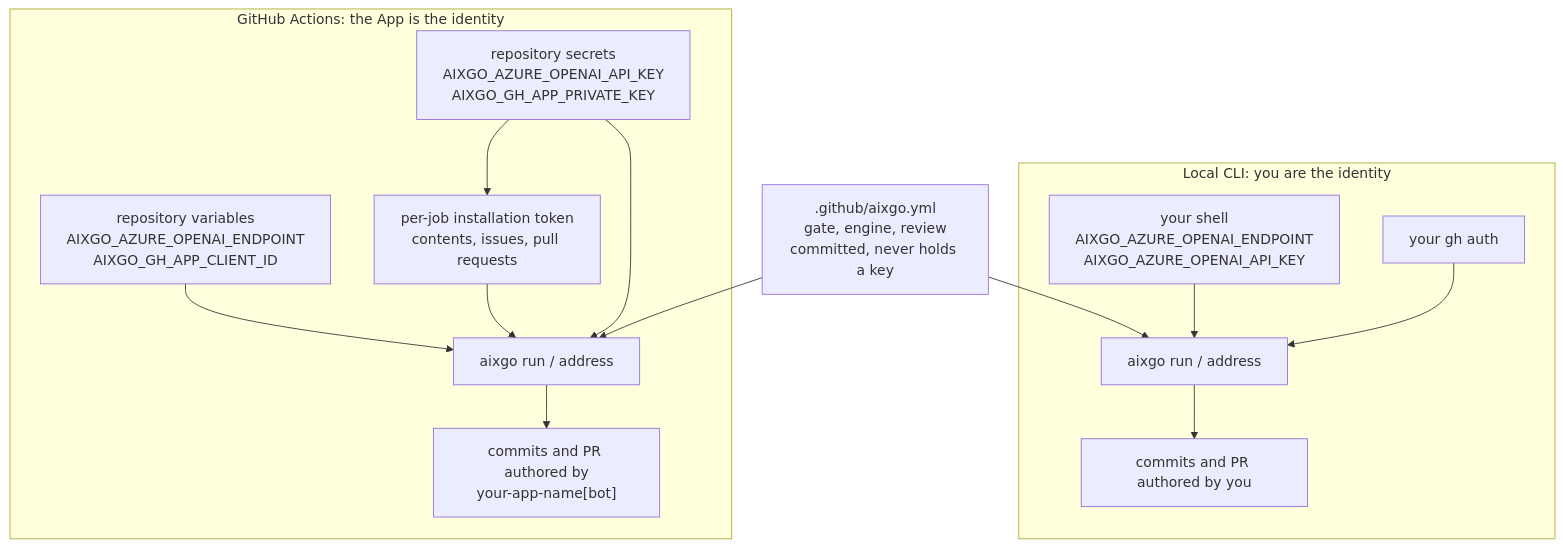
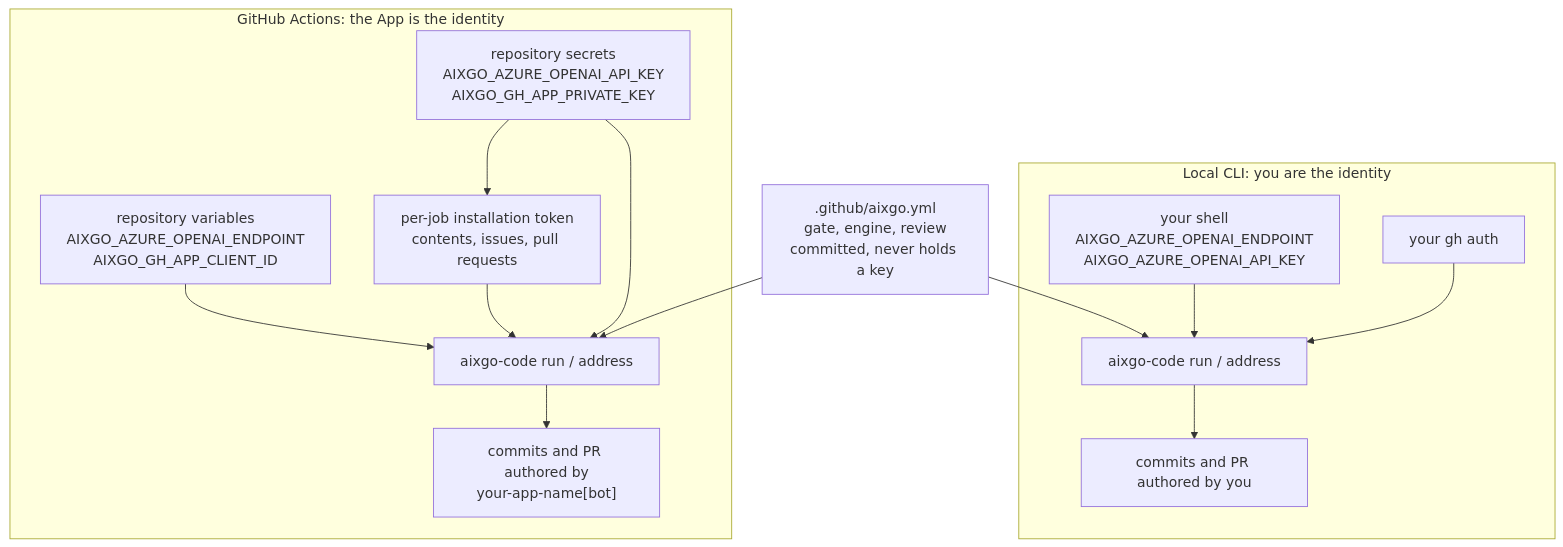
One commit to aixgo-dev/code changed the diagram in docs/setup.md. Above: the diagram before and after it, drawn with Mermaid. The commit also changed other lines of this file and 18 other files, not shown here.

First line of the commit message:
Rename the binary to aixgo-code; the framework owns aixgo (#143)

````diff
--- a/docs/setup.md
+++ b/docs/setup.md
@@ -188,30 +188,30 @@
 ```mermaid
 flowchart TB
     cfg[".github/aixgo.yml<br/>gate, engine, review<br/>committed, never holds a key"]
 
     subgraph local["Local CLI: you are the identity"]
         L1["your shell<br/>AIXGO_AZURE_OPENAI_ENDPOINT<br/>AIXGO_AZURE_OPENAI_API_KEY"]
         L2["your gh auth"]
-        L3["aixgo run / address"]
+        L3["aixgo-code run / address"]
         L4["commits and PR authored by you"]
         L1 --> L3
         L2 --> L3
         L3 --> L4
     end
 
     subgraph actions["GitHub Actions: the App is the identity"]
         A1["repository variables<br/>AIXGO_AZURE_OPENAI_ENDPOINT<br/>AIXGO_GH_APP_CLIENT_ID"]
         A2["repository secrets<br/>AIXGO_AZURE_OPENAI_API_KEY<br/>AIXGO_GH_APP_PRIVATE_KEY"]
         A3["per-job installation token<br/>contents, issues, pull requests"]
-        A4["aixgo run / address"]
+        A4["aixgo-code run / address"]
         A5["commits and PR authored by<br/>your-app-name[bot]"]
         A2 --> A3
         A1 --> A4
         A2 --> A4
         A3 --> A4
         A4 --> A5
     end
 
     cfg --> L3
     cfg --> A4
 ```
````
